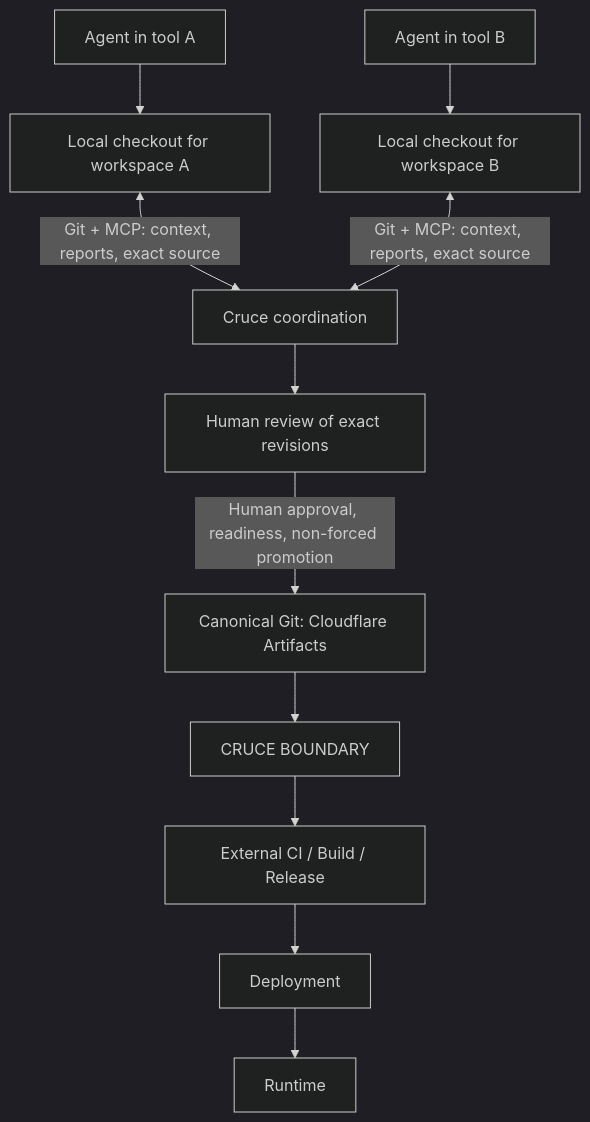
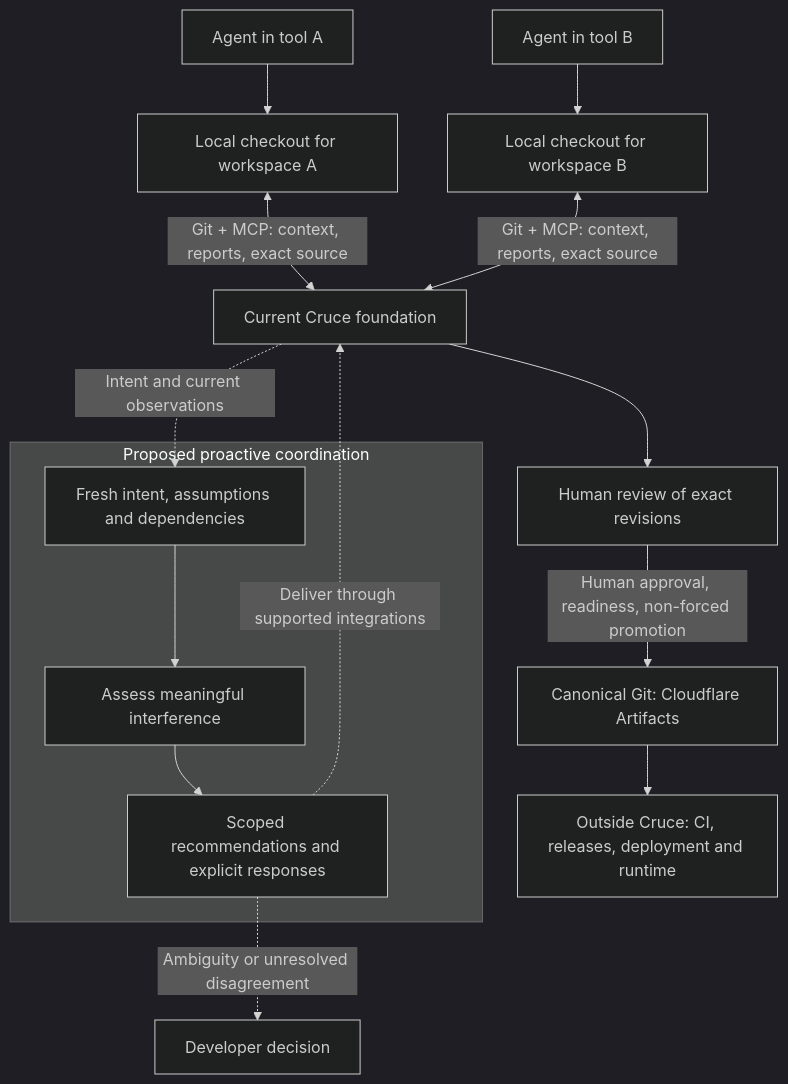
The diagram in README.md (acltabontabon/cruce), drawn with Mermaid (dark theme) before and after one commit. The commit also changed other lines of this file and 8 other files, not shown here.

First line of the commit message:
docs: align Cruce with proactive cross-agent coordination

````diff
--- a/README.md
+++ b/README.md
@@ -9,13 +13,17 @@
 ```mermaid
 flowchart TB
     A[Agent in tool A] --> WA[Local checkout for workspace A]
     B[Agent in tool B] --> WB[Local checkout for workspace B]
-    WA <-->|Git + MCP: context, reports, exact source| C[Cruce coordination]
+    WA <-->|Git + MCP: context, reports, exact source| C[Current Cruce foundation]
     WB <-->|Git + MCP: context, reports, exact source| C
+    subgraph Proposed[Proposed proactive coordination]
+        I[Fresh intent, assumptions and dependencies] --> M[Assess meaningful interference]
+        M --> Q[Scoped recommendations and explicit responses]
+    end
+    C -.->|Intent and current observations| I
+    Q -.->|Deliver through supported integrations| C
+    Q -.->|Ambiguity or unresolved disagreement| H[Developer decision]
     C --> R[Human review of exact revisions]
     R -->|Human approval, readiness, non-forced promotion| G[Canonical Git: Cloudflare Artifacts]
-    G --> X[CRUCE BOUNDARY]
-    X --> CI[External CI / Build / Release]
-    CI --> D[Deployment]
-    D --> RT[Runtime]
+    G --> X[Outside Cruce: CI, releases, deployment and runtime]
 ```
````
